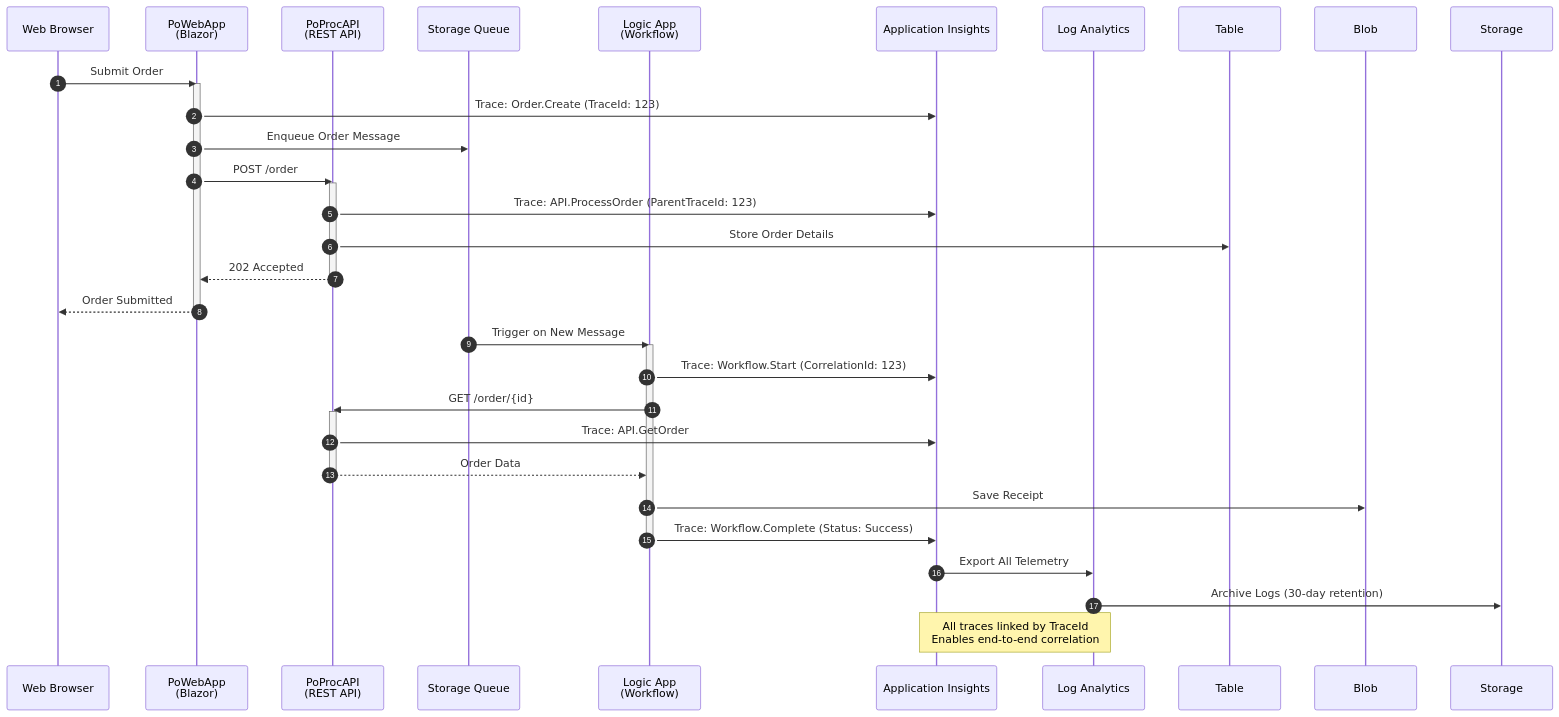
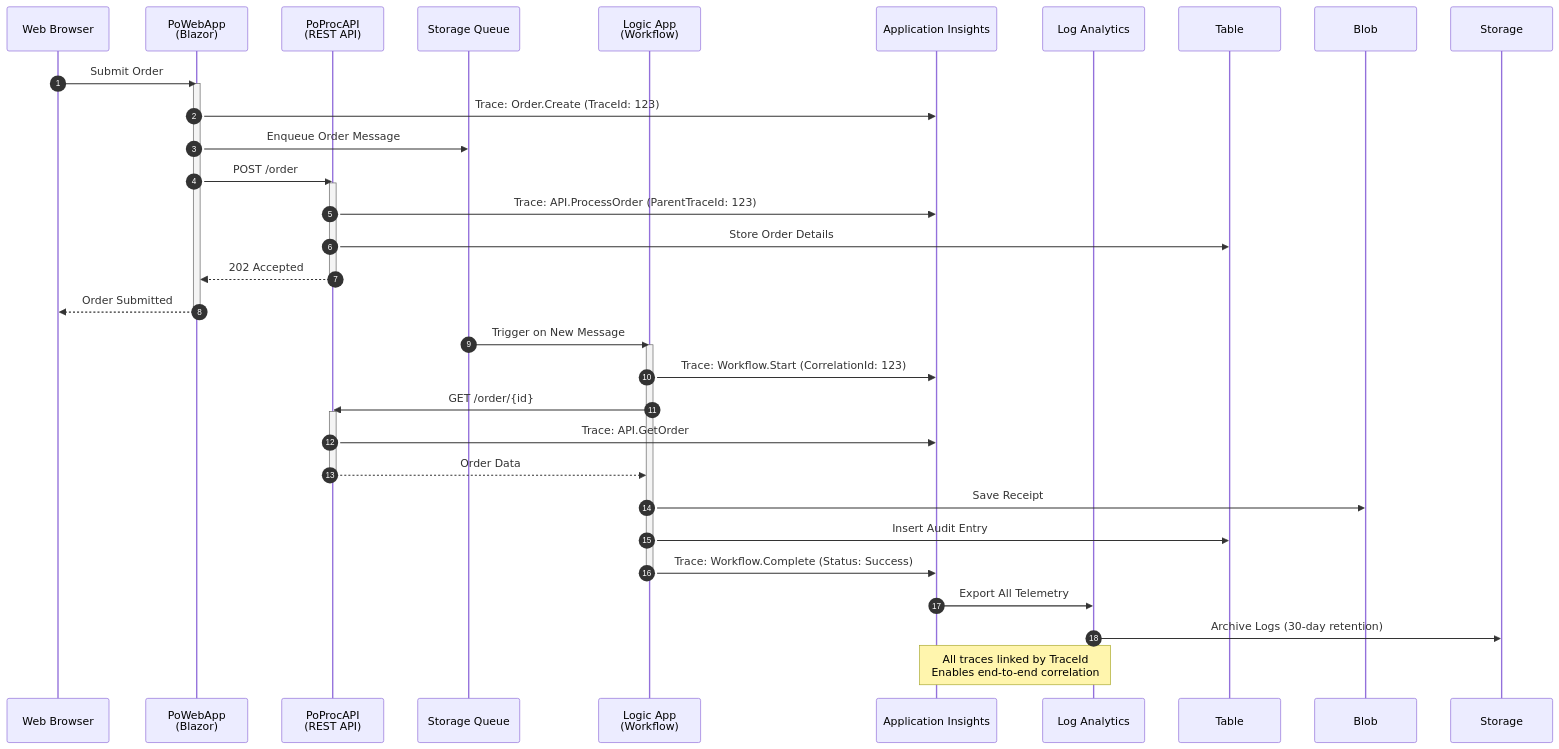
One commit to Evilazaro/Azure-LogicApps-Monitoring changed the second of 2 diagrams in README.md. Above: the diagram before and after it, drawn with Mermaid. The commit also changed other lines of this file, not shown here.

````diff
--- a/README.md
+++ b/README.md
@@ -177,41 +188,42 @@
 ```mermaid
 sequenceDiagram
     autonumber
     participant User as Web Browser
     participant WebApp as PoWebApp<br/>(Blazor)
     participant API as PoProcAPI<br/>(REST API)
     participant Queue as Storage Queue
     participant LogicApp as Logic App<br/>(Workflow)
     participant AI as Application Insights
     participant LAW as Log Analytics
 
     User->>WebApp: Submit Order
     activate WebApp
     WebApp->>AI: Trace: Order.Create (TraceId: 123)
     WebApp->>Queue: Enqueue Order Message
     WebApp->>API: POST /order
     activate API
     API->>AI: Trace: API.ProcessOrder (ParentTraceId: 123)
     API->>Table: Store Order Details
     API-->>WebApp: 202 Accepted
     deactivate API
     WebApp-->>User: Order Submitted
     deactivate WebApp
 
     Queue->>LogicApp: Trigger on New Message
     activate LogicApp
     LogicApp->>AI: Trace: Workflow.Start (CorrelationId: 123)
     LogicApp->>API: GET /order/{id}
     activate API
     API->>AI: Trace: API.GetOrder
     API-->>LogicApp: Order Data
     deactivate API
     LogicApp->>Blob: Save Receipt
+    LogicApp->>Table: Insert Audit Entry
     LogicApp->>AI: Trace: Workflow.Complete (Status: Success)
     deactivate LogicApp
 
     AI->>LAW: Export All Telemetry
     LAW->>Storage: Archive Logs (30-day retention)
 
     Note over AI,LAW: All traces linked by TraceId<br/>Enables end-to-end correlation
 ```
````
